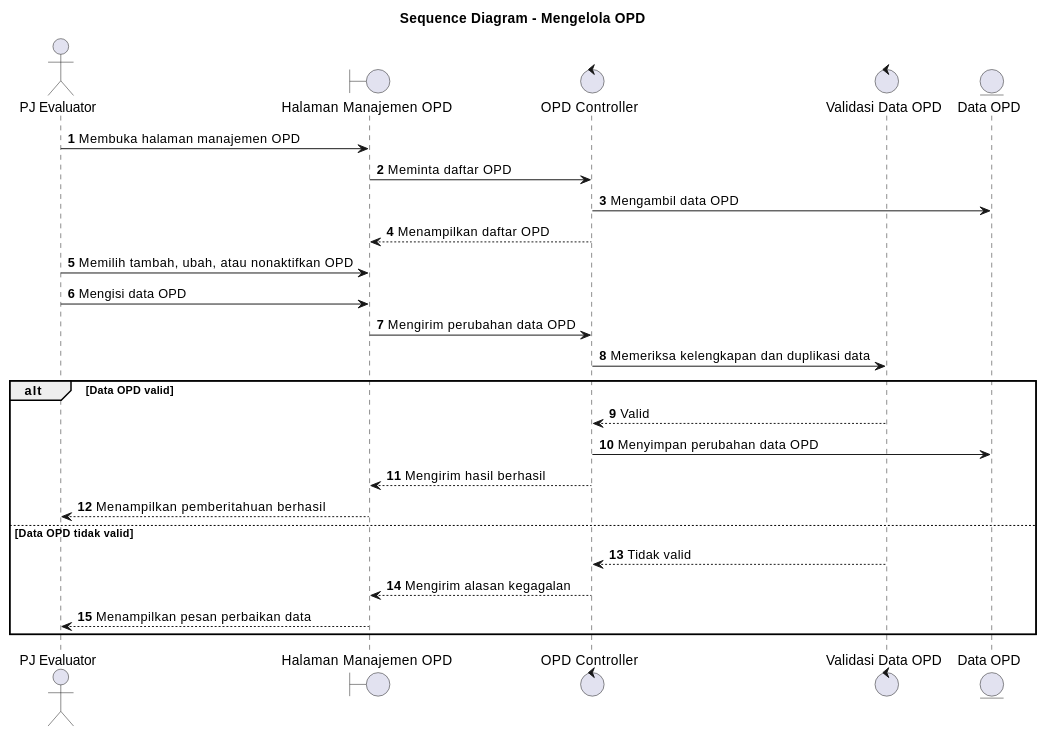
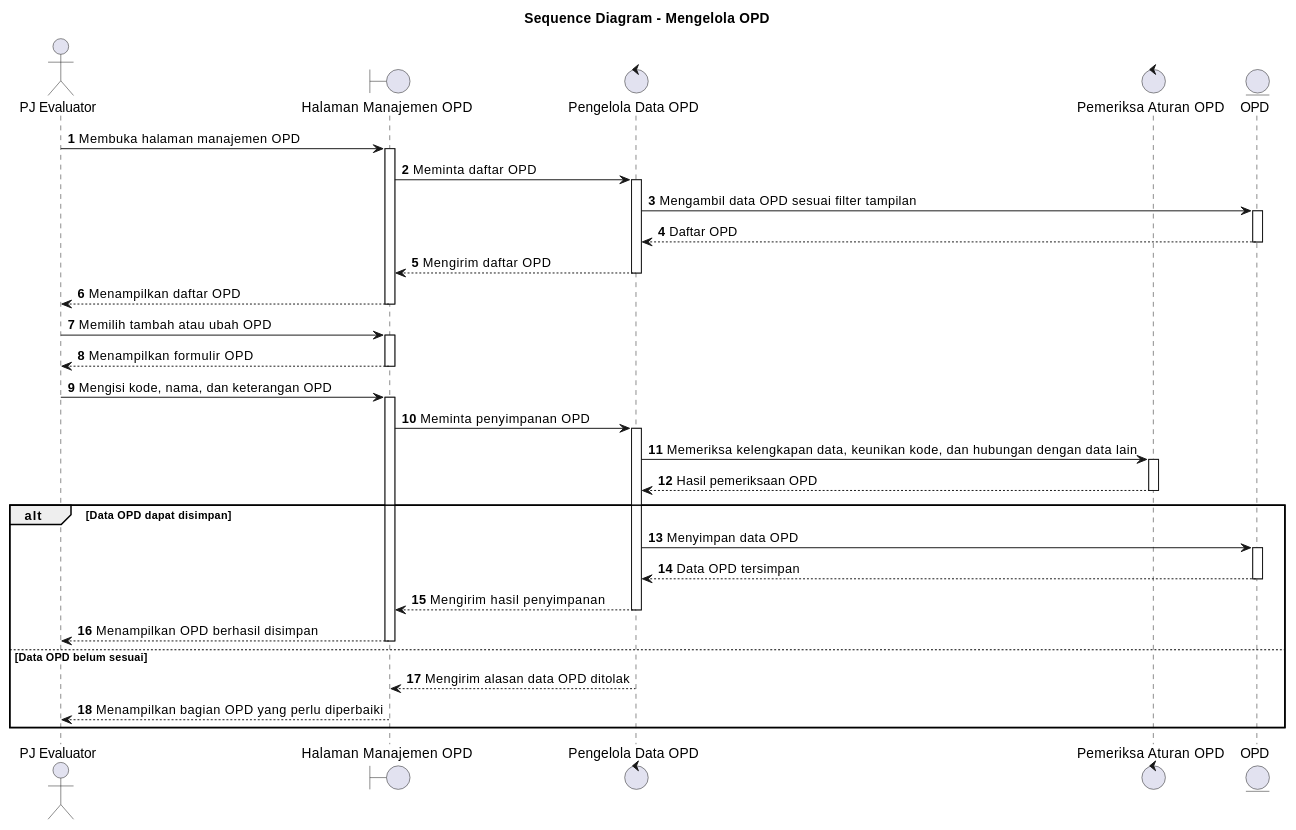
Before and after one commit to howlil/sop-generate-app: the diagram in docs/sequence/lampiran/pj-evaluator-mengelola-opd.md, drawn with PlantUML. The commit also changed other lines of this file and 90 other files, not shown here.

````diff
--- a/docs/sequence/lampiran/pj-evaluator-mengelola-opd.md
+++ b/docs/sequence/lampiran/pj-evaluator-mengelola-opd.md
@@ -16,34 +16,37 @@
 ```plantuml
 @startuml
 title Sequence Diagram - Mengelola OPD
 autonumber
+autoactivate on
 
-actor "PJ Evaluator" as Aktor
-boundary "Halaman Manajemen OPD" as UI
-control "OPD Controller" as OPDCtrl
-control "Validasi Data OPD" as Validasi
-entity "Data OPD" as OPD
+actor "PJ Evaluator" as A
+boundary "Halaman Manajemen OPD" as B
+control "Pengelola Data OPD" as C
+control "Pemeriksa Aturan OPD" as D
+entity "OPD" as OPD
 
-Aktor -> UI : Membuka halaman manajemen OPD
-UI -> OPDCtrl : Meminta daftar OPD
-OPDCtrl -> OPD : Mengambil data OPD
-OPDCtrl --> UI : Menampilkan daftar OPD
+A -> B : Membuka halaman manajemen OPD
+B -> C : Meminta daftar OPD
+C -> OPD : Mengambil data OPD sesuai filter tampilan
+OPD --> C : Daftar OPD
+C --> B : Mengirim daftar OPD
+B --> A : Menampilkan daftar OPD
 
-Aktor -> UI : Memilih tambah, ubah, atau nonaktifkan OPD
-Aktor -> UI : Mengisi data OPD
-UI -> OPDCtrl : Mengirim perubahan data OPD
-OPDCtrl -> Validasi : Memeriksa kelengkapan dan duplikasi data
-
-alt Data OPD valid
-  Validasi --> OPDCtrl : Valid
-  OPDCtrl -> OPD : Menyimpan perubahan data OPD
-  OPDCtrl --> UI : Mengirim hasil berhasil
-  UI --> Aktor : Menampilkan pemberitahuan berhasil
-else Data OPD tidak valid
-  Validasi --> OPDCtrl : Tidak valid
-  OPDCtrl --> UI : Mengirim alasan kegagalan
-  UI --> Aktor : Menampilkan pesan perbaikan data
+A -> B : Memilih tambah atau ubah OPD
+B --> A : Menampilkan formulir OPD
+A -> B : Mengisi kode, nama, dan keterangan OPD
+B -> C : Meminta penyimpanan OPD
+C -> D : Memeriksa kelengkapan data, keunikan kode, dan hubungan dengan data lain
+D --> C : Hasil pemeriksaan OPD
+alt Data OPD dapat disimpan
+  C -> OPD : Menyimpan data OPD
+  OPD --> C : Data OPD tersimpan
+  C --> B : Mengirim hasil penyimpanan
+  B --> A : Menampilkan OPD berhasil disimpan
+else Data OPD belum sesuai
+  C --> B : Mengirim alasan data OPD ditolak
+  B --> A : Menampilkan bagian OPD yang perlu diperbaiki
 end
 
 @enduml
 ```
````
